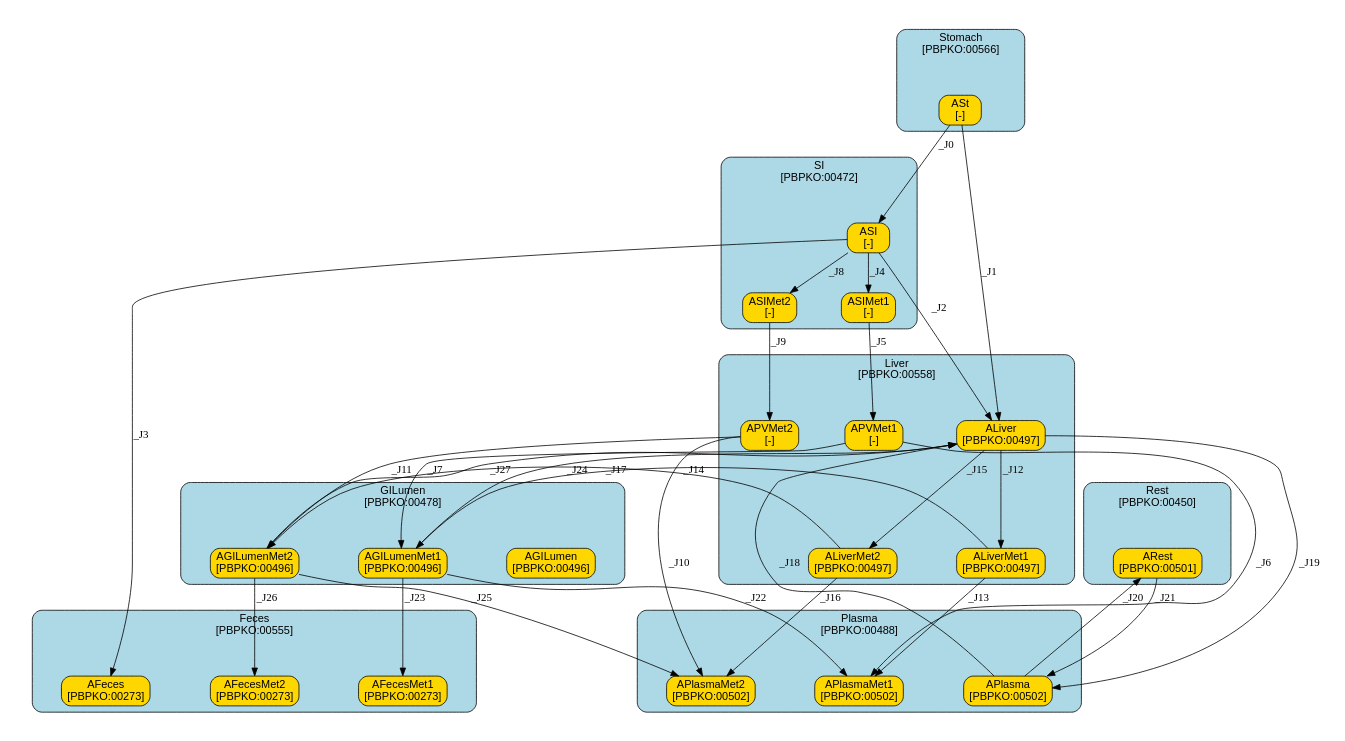
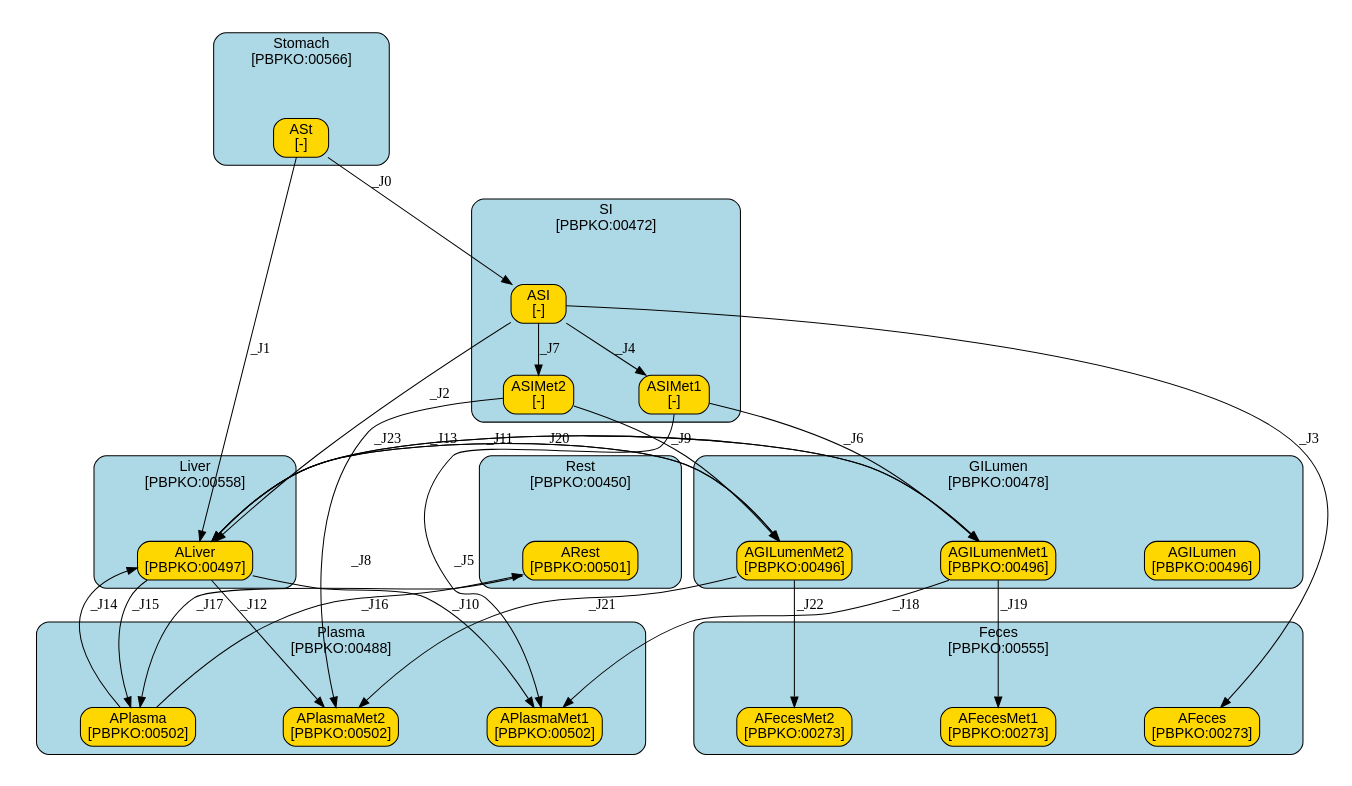
One commit to fair-pbk/exposure-route-pbk-models changed the diagram in models/oral/Bisphenols/Karrer/summary.dot. Above: the diagram before and after it, drawn with Graphviz. The commit also changed 134 other files, not shown here.

```diff
--- a/models/oral/Bisphenols/Karrer/summary.dot
+++ b/models/oral/Bisphenols/Karrer/summary.dot
@@ -68,34 +68,6 @@
 			href="#species-ALiver",
 			label="ALiver
 [PBPKO:00497]",
-			shape=box,
-			style="filled,rounded"];
-		ALiverMet1	[color=black,
-			fillcolor=gold,
-			href="#species-ALiverMet1",
-			label="ALiverMet1
-[PBPKO:00497]",
-			shape=box,
-			style="filled,rounded"];
-		ALiverMet2	[color=black,
-			fillcolor=gold,
-			href="#species-ALiverMet2",
-			label="ALiverMet2
-[PBPKO:00497]",
-			shape=box,
-			style="filled,rounded"];
-		APVMet1	[color=black,
-			fillcolor=gold,
-			href="#species-APVMet1",
-			label="APVMet1
-[-]",
-			shape=box,
-			style="filled,rounded"];
-		APVMet2	[color=black,
-			fillcolor=gold,
-			href="#species-APVMet2",
-			label="APVMet2
-[-]",
 			shape=box,
 			style="filled,rounded"];
 	}
@@ -216,32 +188,28 @@
 	ASt -> ASI	[label=_J0];
 	ASt -> ALiver	[label=_J1];
 	ASI -> ASIMet1	[label=_J4];
-	ASI -> ASIMet2	[label=_J8];
+	ASI -> ASIMet2	[label=_J7];
 	ASI -> ALiver	[label=_J2];
 	ASI -> AFeces	[label=_J3,
 		minlen=1];
-	ASIMet1 -> APVMet1	[label=_J5];
-	ASIMet2 -> APVMet2	[label=_J9];
-	ALiver -> ALiverMet1	[label=_J12];
-	ALiver -> ALiverMet2	[label=_J15];
-	ALiver -> APlasma	[label=_J19];
-	ALiverMet1 -> APlasmaMet1	[label=_J13];
-	ALiverMet1 -> AGILumenMet1	[label=_J14];
-	ALiverMet2 -> APlasmaMet2	[label=_J16];
-	ALiverMet2 -> AGILumenMet2	[label=_J17];
-	APVMet1 -> APlasmaMet1	[label=_J6];
-	APVMet1 -> AGILumenMet1	[label=_J7];
-	APVMet2 -> APlasmaMet2	[label=_J10];
-	APVMet2 -> AGILumenMet2	[label=_J11];
-	APlasma -> ALiver	[label=_J18];
-	APlasma -> ARest	[label=_J20];
-	ARest -> APlasma	[label=_J21];
-	AGILumenMet1 -> ALiver	[label=_J24];
-	AGILumenMet1 -> APlasmaMet1	[label=_J22];
-	AGILumenMet1 -> AFecesMet1	[label=_J23,
+	ASIMet1 -> APlasmaMet1	[label=_J5];
+	ASIMet1 -> AGILumenMet1	[label=_J6];
+	ASIMet2 -> APlasmaMet2	[label=_J8];
+	ASIMet2 -> AGILumenMet2	[label=_J9];
+	ALiver -> APlasma	[label=_J15];
+	ALiver -> APlasmaMet1	[label=_J10];
+	ALiver -> APlasmaMet2	[label=_J12];
+	ALiver -> AGILumenMet1	[label=_J11];
+	ALiver -> AGILumenMet2	[label=_J13];
+	APlasma -> ALiver	[label=_J14];
+	APlasma -> ARest	[label=_J16];
+	ARest -> APlasma	[label=_J17];
+	AGILumenMet1 -> ALiver	[label=_J20];
+	AGILumenMet1 -> APlasmaMet1	[label=_J18];
+	AGILumenMet1 -> AFecesMet1	[label=_J19,
 		minlen=1];
-	AGILumenMet2 -> ALiver	[label=_J27];
-	AGILumenMet2 -> APlasmaMet2	[label=_J25];
-	AGILumenMet2 -> AFecesMet2	[label=_J26,
+	AGILumenMet2 -> ALiver	[label=_J23];
+	AGILumenMet2 -> APlasmaMet2	[label=_J21];
+	AGILumenMet2 -> AFecesMet2	[label=_J22,
 		minlen=1];
 }
```
